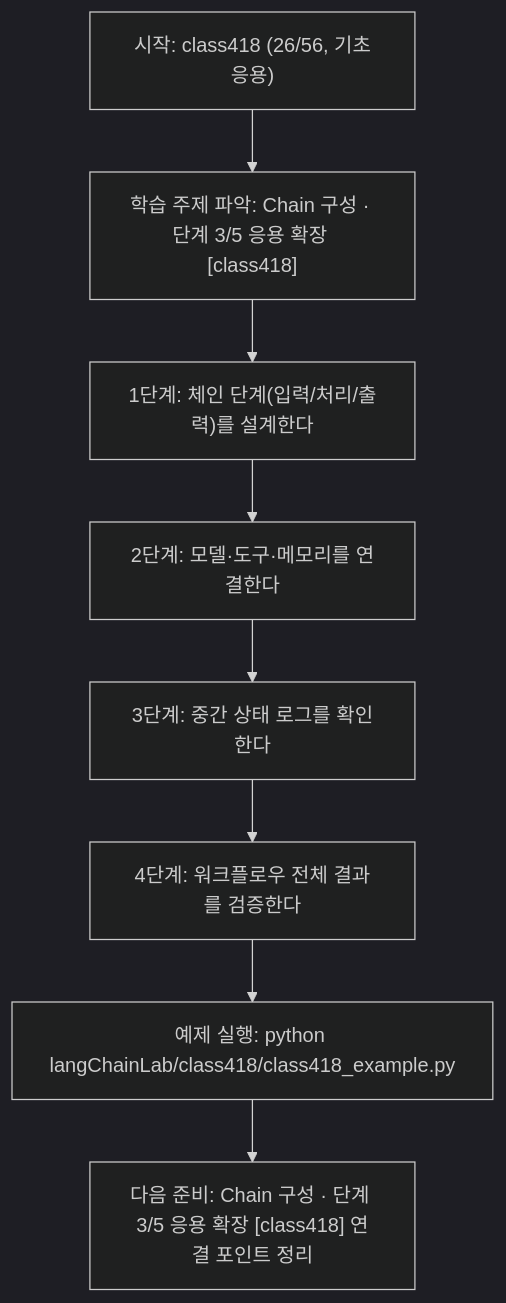
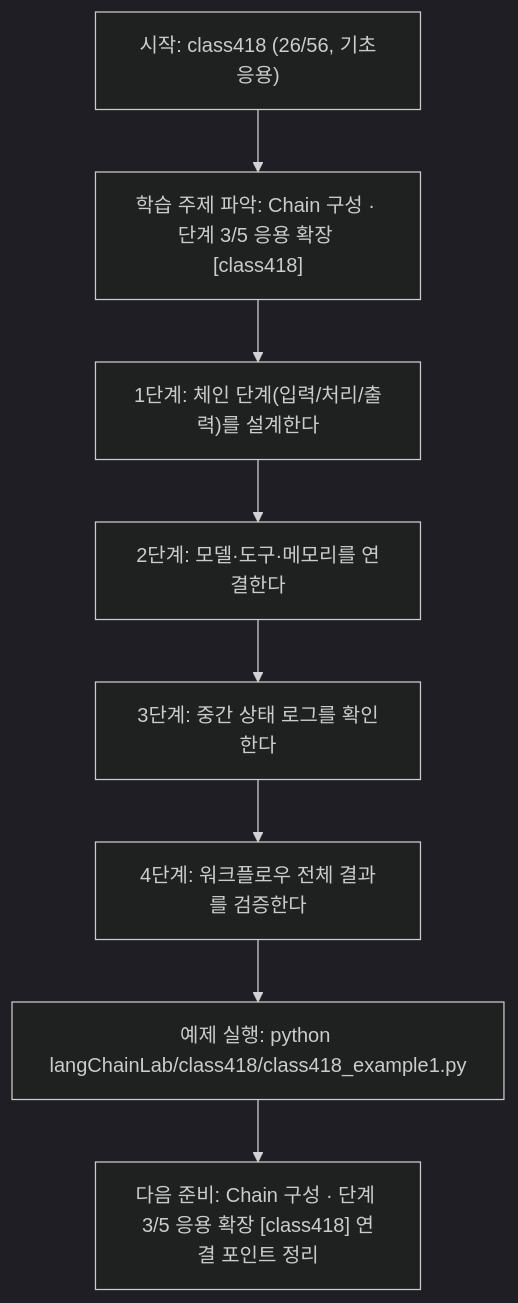
Before and after one commit to edumgt/Python-AI_Agent-Class: the diagram in langChainLab/class418/class418.md, drawn with Mermaid (dark theme). The commit also changed other lines of this file and 2959 other files, not shown here.

````diff
--- a/langChainLab/class418/class418.md
+++ b/langChainLab/class418/class418.md
@@ -109,18 +109,18 @@
 ```mermaid
 flowchart TD
 N1["시작: class418 (26/56, 기초응용)"]
 N2["학습 주제 파악: Chain 구성 · 단계 3/5 응용 확장 [class418]"]
 N3["1단계: 체인 단계(입력/처리/출력)를 설계한다"]
 N4["2단계: 모델·도구·메모리를 연결한다"]
 N5["3단계: 중간 상태 로그를 확인한다"]
 N6["4단계: 워크플로우 전체 결과를 검증한다"]
-N7["예제 실행: python langChainLab/class418/class418_example.py"]
+N7["예제 실행: python langChainLab/class418/class418_example1.py"]
 N8["다음 준비: Chain 구성 · 단계 3/5 응용 확장 [class418] 연결 포인트 정리"]
 N1 --> N2
 N2 --> N3
 N3 --> N4
 N4 --> N5
 N5 --> N6
 N6 --> N7
 N7 --> N8
 ```
````
